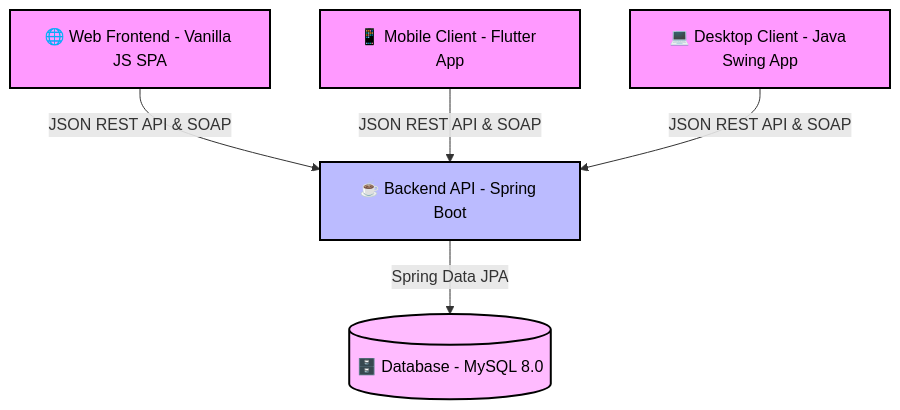
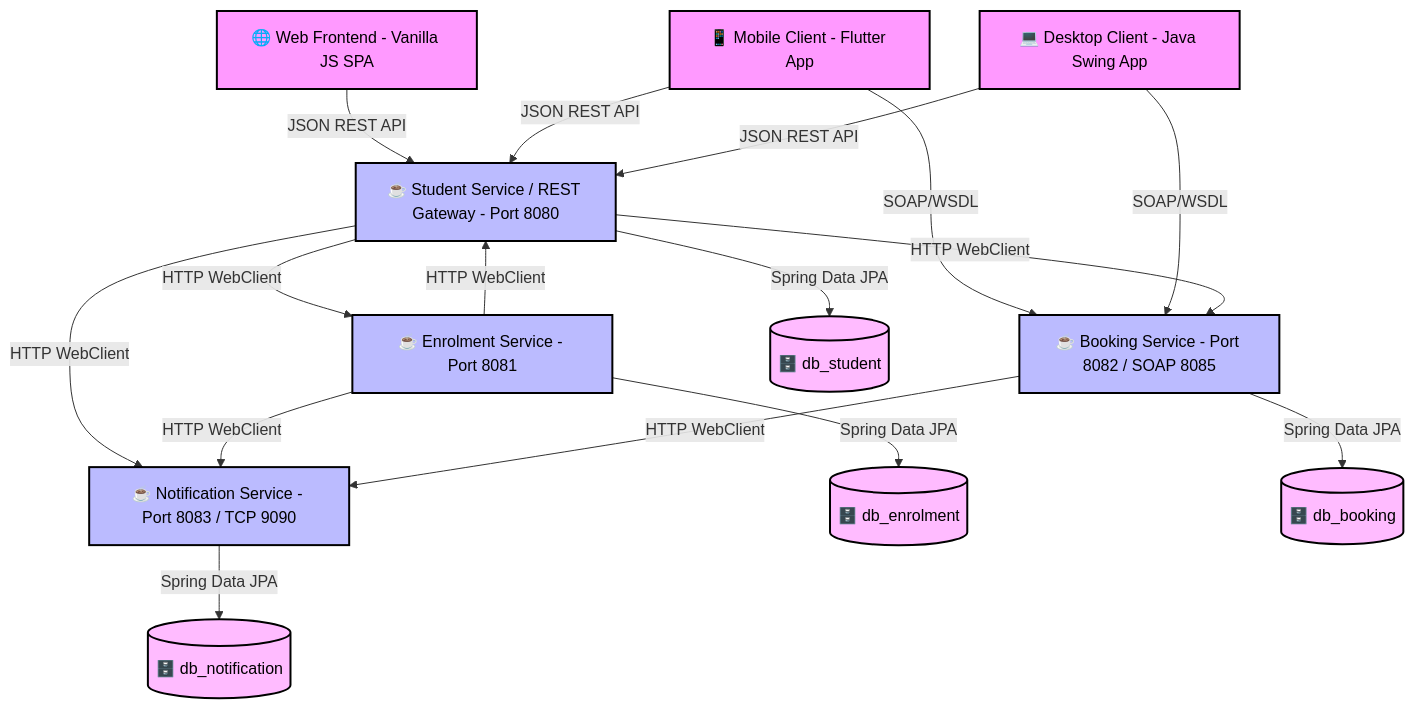
One commit to AzimAminz/SmartCampusConnect changed the diagram in README.md. Above: the diagram before and after it, drawn with Mermaid. The commit also changed other lines of this file and 87 other files, not shown here.

Commit message:
Refactor: Decompose monolithic backend into 4 microservices with database-per-service pattern

````diff
--- a/README.md
+++ b/README.md
@@ -13,17 +13,41 @@
 ```mermaid
 graph TD
     classDef client fill:#f9f,stroke:black,stroke-width:2px,color:#000;
     classDef server fill:#bbf,stroke:black,stroke-width:2px,color:#000;
     classDef db fill:#fbf,stroke:black,stroke-width:2px,color:#000;
 
     Web[🌐 Web Frontend - Vanilla JS SPA]:::client
     Mobile[📱 Mobile Client - Flutter App]:::client
     Desktop[💻 Desktop Client - Java Swing App]:::client
-    Backend[☕ Backend API - Spring Boot]:::server
-    DB[(🗄️ Database - MySQL 8.0)]:::db
+    
+    Gateway[☕ Student Service / REST Gateway - Port 8080]:::server
+    Enrolment[☕ Enrolment Service - Port 8081]:::server
+    Booking[☕ Booking Service - Port 8082 / SOAP 8085]:::server
+    Notification[☕ Notification Service - Port 8083 / TCP 9090]:::server
 
-    Web -->|JSON REST API & SOAP| Backend
-    Mobile -->|JSON REST API & SOAP| Backend
-    Desktop -->|JSON REST API & SOAP| Backend
-    Backend -->|Spring Data JPA| DB
+    DB_Student[(🗄️ db_student)]:::db
+    DB_Enrolment[(🗄️ db_enrolment)]:::db
+    DB_Booking[(🗄️ db_booking)]:::db
+    DB_Notification[(🗄️ db_notification)]:::db
+
+    Web -->|JSON REST API| Gateway
+    Mobile -->|JSON REST API| Gateway
+    Desktop -->|JSON REST API| Gateway
+    
+    Mobile -->|SOAP/WSDL| Booking
+    Desktop -->|SOAP/WSDL| Booking
+    
+    Gateway -->|Spring Data JPA| DB_Student
+    Enrolment -->|Spring Data JPA| DB_Enrolment
+    Booking -->|Spring Data JPA| DB_Booking
+    Notification -->|Spring Data JPA| DB_Notification
+
+    Gateway -->|HTTP WebClient| Enrolment
+    Gateway -->|HTTP WebClient| Booking
+    Gateway -->|HTTP WebClient| Notification
+    
+    Enrolment -->|HTTP WebClient| Gateway
+    Enrolment -->|HTTP WebClient| Notification
+    
+    Booking -->|HTTP WebClient| Notification
 ```
````
